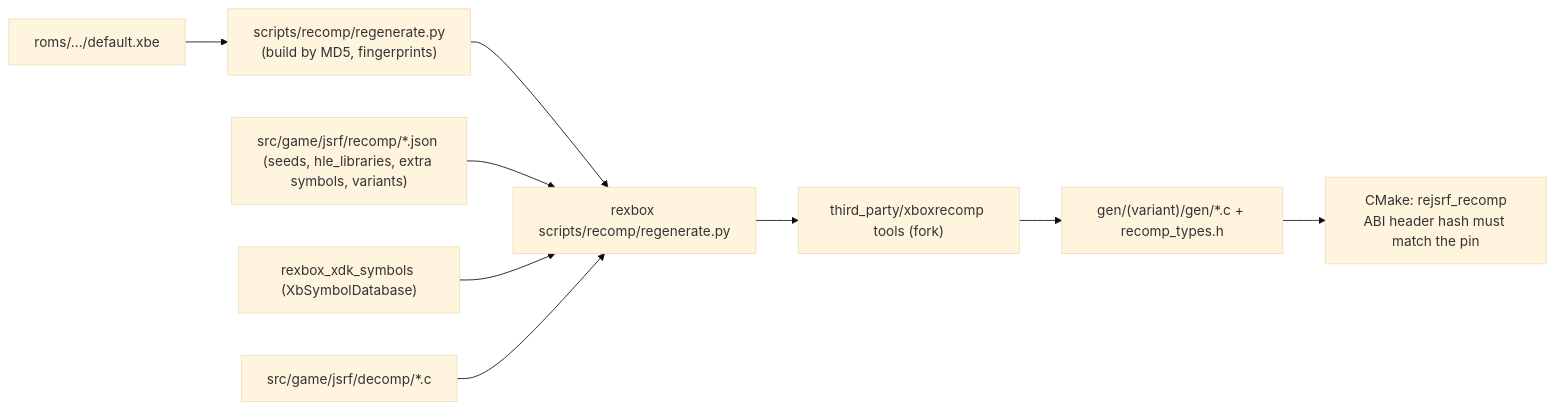
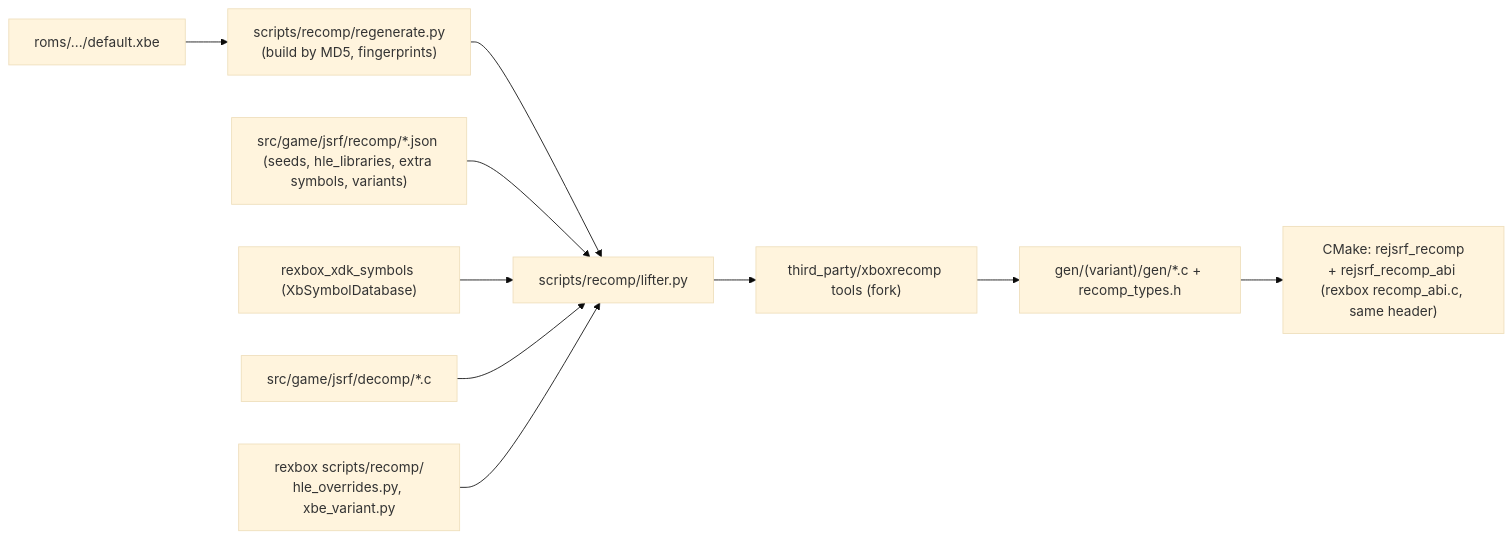
The second of 3 diagrams in ARCHITECTURE.md (nworkers/reJSRF), drawn with Mermaid (base theme) before and after one commit. The commit also changed other lines of this file and 14 other files, not shown here.

````diff
--- a/ARCHITECTURE.md
+++ b/ARCHITECTURE.md
@@ -37,11 +37,12 @@
 ```mermaid
 flowchart LR
     XBE["roms/.../default.xbe"] --> WRAP["scripts/recomp/regenerate.py<br/>(build by MD5, fingerprints)"]
-    WRAP --> REGEN["rexbox scripts/recomp/regenerate.py"]
+    WRAP --> REGEN["scripts/recomp/lifter.py"]
     SEEDS["src/game/jsrf/recomp/*.json (seeds, hle_libraries, extra symbols, variants)"] --> REGEN
     SYM["rexbox_xdk_symbols (XbSymbolDatabase)"] --> REGEN
     DECOMP["src/game/jsrf/decomp/*.c"] --> REGEN
+    HELP["rexbox scripts/recomp/<br/>hle_overrides.py, xbe_variant.py"] --> REGEN
     REGEN --> TOOLS["third_party/xboxrecomp tools (fork)"]
     TOOLS --> GEN["gen/(variant)/gen/*.c + recomp_types.h"]
-    GEN --> CMAKE["CMake: rejsrf_recomp<br/>ABI header hash must match the pin"]
+    GEN --> CMAKE["CMake: rejsrf_recomp<br/>+ rejsrf_recomp_abi (rexbox recomp_abi.c, same header)"]
 ```
````
